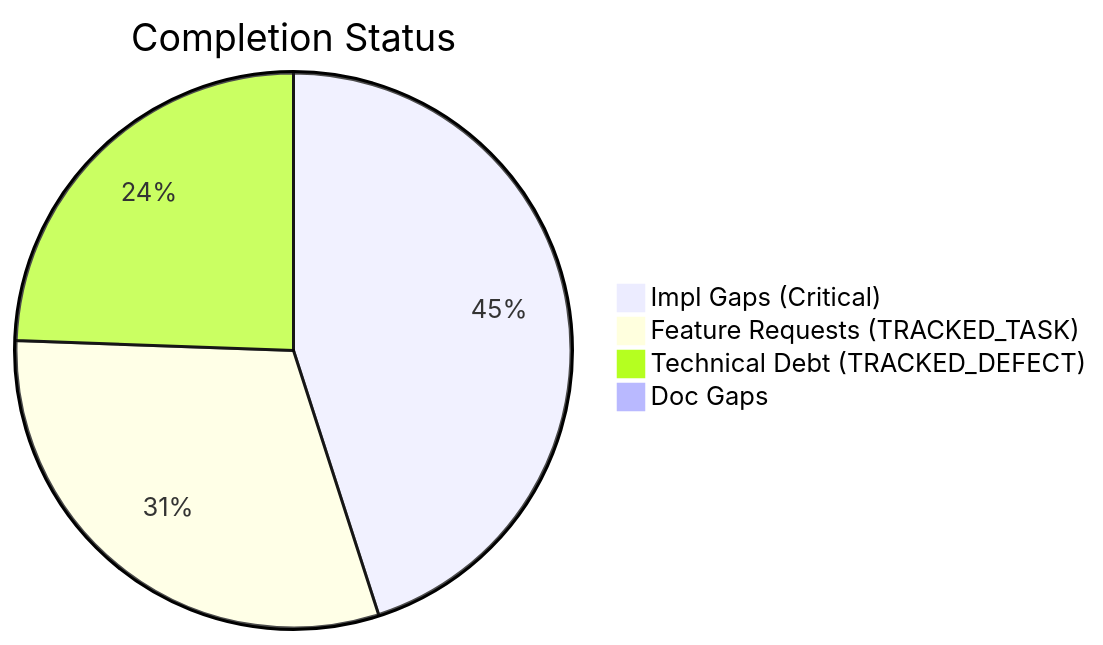
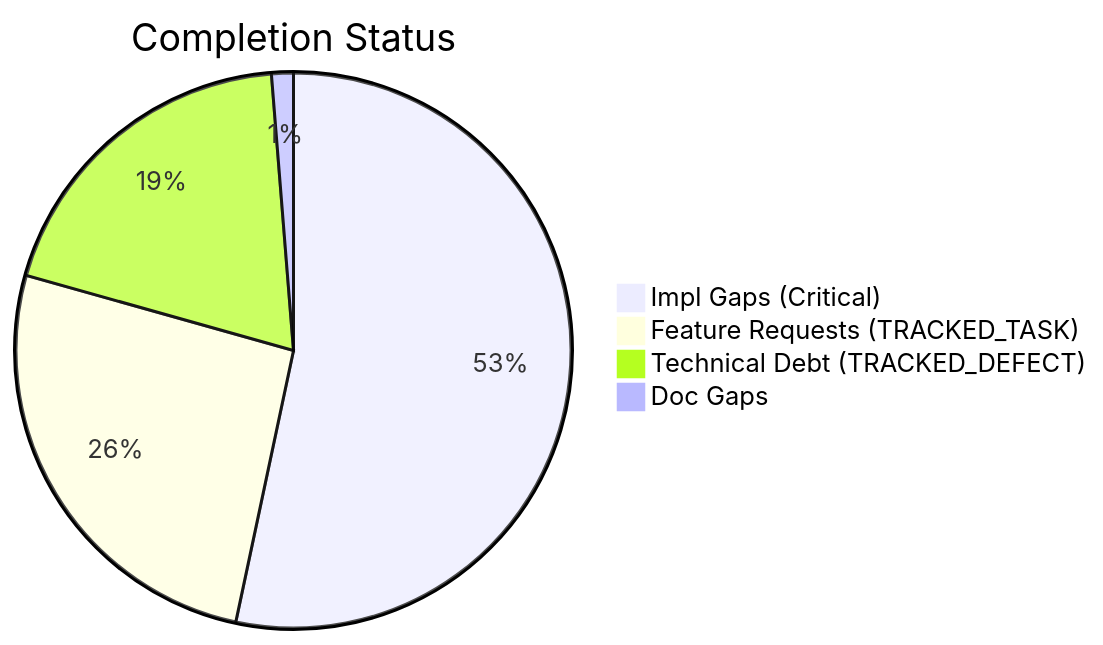
One commit to D-sorganization/Tools changed the first of 2 diagrams in docs/assessments/completist/Completist_Report_2026-07-26.md. Above: the diagram before and after it, drawn with Mermaid. The commit also changed other lines of this file and 80 other files, not shown here.

````diff
--- a/docs/assessments/completist/Completist_Report_2026-07-26.md
+++ b/docs/assessments/completist/Completist_Report_2026-07-26.md
@@ -11,7 +11,7 @@
 ```mermaid
 pie title Completion Status
-    "Impl Gaps (Critical)" : 118
-    "Feature Requests (TRACKED_TASK)" : 80
-    "Technical Debt (TRACKED_DEFECT)" : 64
-    "Doc Gaps" : 0
+    "Impl Gaps (Critical)" : 168
+    "Feature Requests (TRACKED_TASK)" : 82
+    "Technical Debt (TRACKED_DEFECT)" : 61
+    "Doc Gaps" : 4
 ```
````
